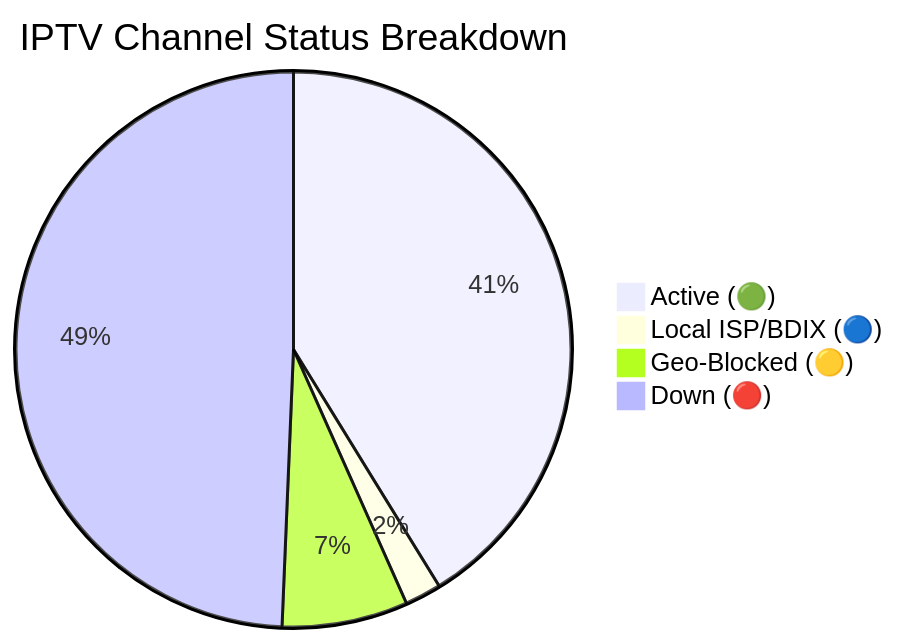
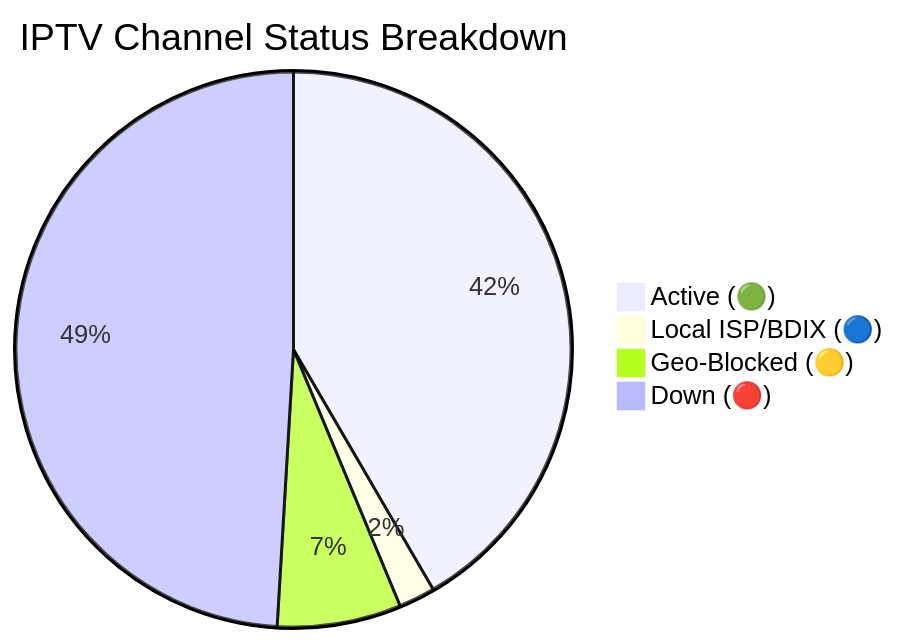
Before and after one commit to andreataylord/Ip-tv-Collection: the diagram in README.md, drawn with Mermaid. The commit also changed other lines of this file and 1 other file, not shown here.

Commit message:
docs(readme): auto-update daily channel status chart

````diff
--- a/README.md
+++ b/README.md
@@ -59,7 +59,7 @@
 ```mermaid
 pie title IPTV Channel Status Breakdown
-    "Active (🟢)" : 2938
+    "Active (🟢)" : 2966
     "Local ISP/BDIX (🔵)" : 151
-    "Geo-Blocked (🟡)" : 522
-    "Down (🔴)" : 3517
+    "Geo-Blocked (🟡)" : 514
+    "Down (🔴)" : 3497
 ```
````
